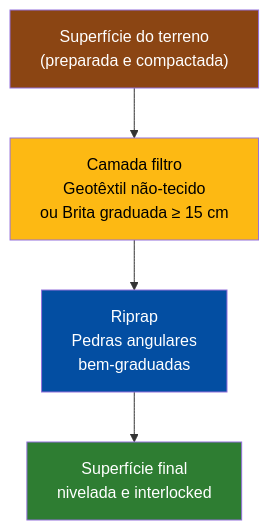
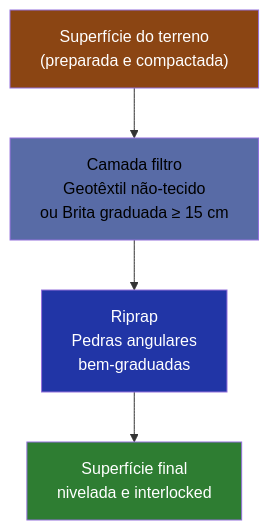
Before and after one commit to ldvsantos/cv: the fourth of 7 diagrams in aulas/bioengenharia_de_solos/aulas/parede_krainer/parede_krainer.qmd, drawn with Mermaid. The commit also changed other lines of this file and 466 other files, not shown here.

````diff
--- a/aulas/bioengenharia_de_solos/aulas/parede_krainer/parede_krainer.qmd
+++ b/aulas/bioengenharia_de_solos/aulas/parede_krainer/parede_krainer.qmd
@@ -684,11 +682,11 @@
 ```{mermaid}
 %%| fig-width: 5
 graph TD
     A["Superfície do terreno<br>(preparada e compactada)"] --> B["Camada filtro<br>Geotêxtil não-tecido<br>ou Brita graduada ≥ 15 cm"]
     B --> C["Riprap<br>Pedras angulares<br>bem-graduadas"]
     C --> D["Superfície final<br>nivelada e interlocked"]
     style A fill:#8B4513,color:#fff
-    style B fill:#FDB913,color:#000
-    style C fill:#034EA2,color:#fff
+    style B fill:#586BA6,color:#000
+    style C fill:#2135A6,color:#fff
     style D fill:#2E7D32,color:#fff
 ```
````
